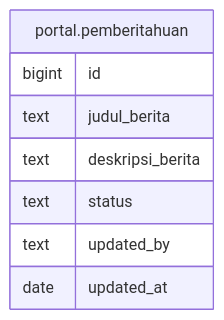
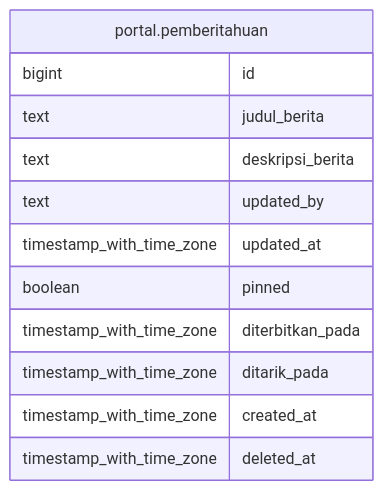
One commit to nandanugg/triforce.nvim changed the diagram in services/portal/docs/db/portal.pemberitahuan.md. Above: the diagram before and after it, drawn with Mermaid. The commit also changed other lines of this file and 14 other files, not shown here.

````diff
--- a/services/portal/docs/db/portal.pemberitahuan.md
+++ b/services/portal/docs/db/portal.pemberitahuan.md
@@ -32,13 +36,17 @@
 ```mermaid
 erDiagram
 
 
 "portal.pemberitahuan" {
   bigint id
   text judul_berita
   text deskripsi_berita
-  text status
   text updated_by
-  date updated_at
+  timestamp_with_time_zone updated_at
+  boolean pinned
+  timestamp_with_time_zone diterbitkan_pada
+  timestamp_with_time_zone ditarik_pada
+  timestamp_with_time_zone created_at
+  timestamp_with_time_zone deleted_at
 }
 ```
````
